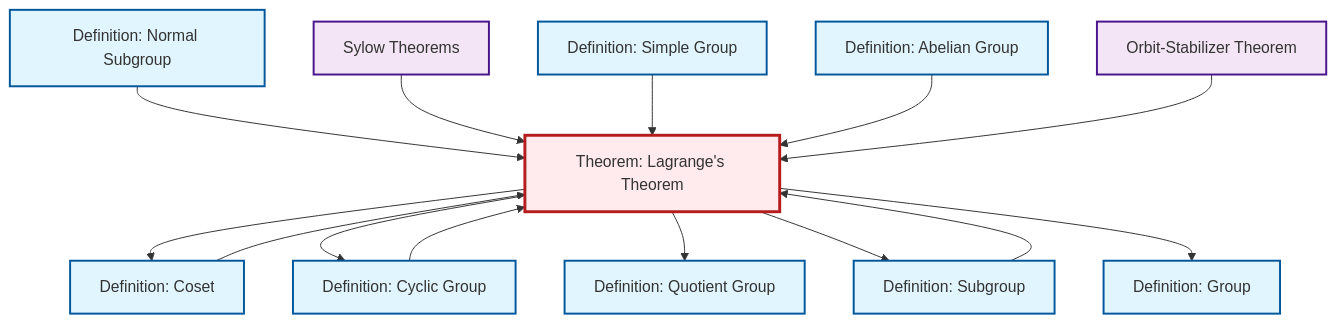
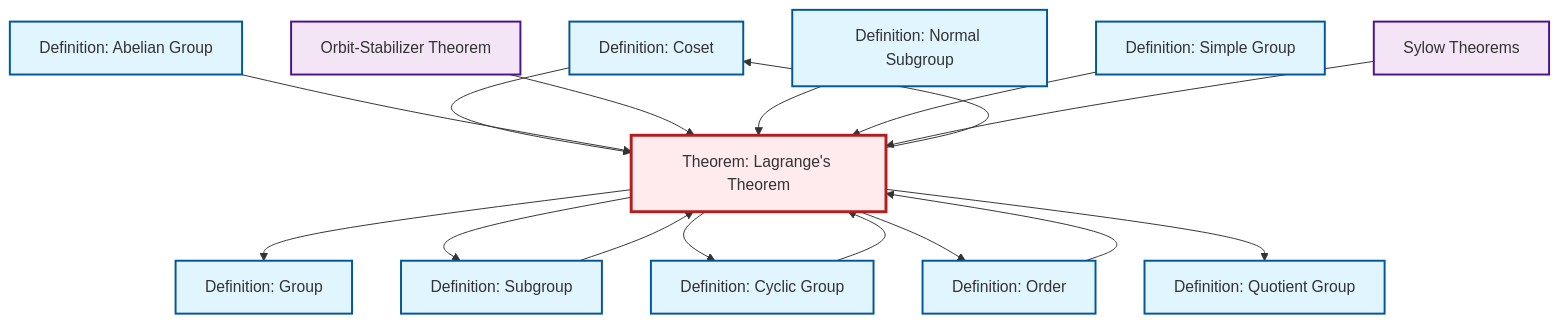
Before and after one commit to RK0429/ModernMath: the diagram in content/ja/algebra/thm-lagrange.qmd, drawn with Mermaid. The commit also changed other lines of this file and 36 other files, not shown here.

````diff
--- a/content/ja/algebra/thm-lagrange.qmd
+++ b/content/ja/algebra/thm-lagrange.qmd
@@ -53,44 +55,48 @@
 ```{mermaid}
 %%| fig-cap: "Local dependency graph"
 graph TD
     classDef definition fill:#e1f5fe,stroke:#01579b,stroke-width:2px
     classDef theorem fill:#f3e5f5,stroke:#4a148c,stroke-width:2px
     classDef axiom fill:#fff3e0,stroke:#e65100,stroke-width:2px
     classDef example fill:#e8f5e9,stroke:#1b5e20,stroke-width:2px
     classDef current fill:#ffebee,stroke:#b71c1c,stroke-width:3px
+    def-group["Definition: Group"]:::definition
+    def-coset["Definition: Coset"]:::definition
+    thm-sylow["Sylow Theorems"]:::theorem
+    thm-lagrange["Theorem: Lagrange's Theorem"]:::theorem
+    def-cyclic-group["Definition: Cyclic Group"]:::definition
     def-quotient-group["Definition: Quotient Group"]:::definition
+    def-subgroup["Definition: Subgroup"]:::definition
+    thm-orbit-stabilizer["Orbit-Stabilizer Theorem"]:::theorem
+    def-order["Definition: Order"]:::definition
+    def-simple-group["Definition: Simple Group"]:::definition
     def-abelian-group["Definition: Abelian Group"]:::definition
-    def-subgroup["Definition: Subgroup"]:::definition
-    def-simple-group["Definition: Simple Group"]:::definition
-    def-cyclic-group["Definition: Cyclic Group"]:::definition
-    def-group["Definition: Group"]:::definition
-    thm-sylow["Sylow Theorems"]:::theorem
     def-normal-subgroup["Definition: Normal Subgroup"]:::definition
-    thm-orbit-stabilizer["Orbit-Stabilizer Theorem"]:::theorem
-    def-coset["Definition: Coset"]:::definition
-    thm-lagrange["Theorem: Lagrange's Theorem"]:::theorem
+    thm-lagrange --> def-group
+    thm-lagrange --> def-subgroup
+    def-coset --> thm-lagrange
+    def-cyclic-group --> thm-lagrange
+    def-abelian-group --> thm-lagrange
+    thm-orbit-stabilizer --> thm-lagrange
     def-normal-subgroup --> thm-lagrange
+    thm-lagrange --> def-coset
+    def-simple-group --> thm-lagrange
+    thm-lagrange --> def-cyclic-group
+    thm-lagrange --> def-order
+    thm-lagrange --> def-quotient-group
     thm-sylow --> thm-lagrange
-    def-simple-group --> thm-lagrange
     def-subgroup --> thm-lagrange
-    def-abelian-group --> thm-lagrange
-    thm-lagrange --> def-coset
-    thm-lagrange --> def-cyclic-group
-    thm-orbit-stabilizer --> thm-lagrange
-    def-coset --> thm-lagrange
-    thm-lagrange --> def-quotient-group
-    def-cyclic-group --> thm-lagrange
-    thm-lagrange --> def-subgroup
-    thm-lagrange --> def-group
+    def-order --> thm-lagrange
     class thm-lagrange current
+    click def-group "def-group.html" "Definition: Groupへ"
+    click def-coset "def-coset.html" "Definition: Cosetへ"
+    click thm-sylow "thm-sylow.html" "Sylow Theoremsへ"
+    click def-cyclic-group "def-cyclic-group.html" "Definition: Cyclic Groupへ"
     click def-quotient-group "def-quotient-group.html" "Definition: Quotient Groupへ"
+    click def-subgroup "def-subgroup.html" "Definition: Subgroupへ"
+    click thm-orbit-stabilizer "thm-orbit-stabilizer.html" "Orbit-Stabilizer Theoremへ"
+    click def-order "def-order.html" "Definition: Orderへ"
+    click def-simple-group "def-simple-group.html" "Definition: Simple Groupへ"
     click def-abelian-group "def-abelian-group.html" "Definition: Abelian Groupへ"
-    click def-subgroup "def-subgroup.html" "Definition: Subgroupへ"
-    click def-simple-group "def-simple-group.html" "Definition: Simple Groupへ"
-    click def-cyclic-group "def-cyclic-group.html" "Definition: Cyclic Groupへ"
-    click def-group "def-group.html" "Definition: Groupへ"
-    click thm-sylow "thm-sylow.html" "Sylow Theoremsへ"
     click def-normal-subgroup "def-normal-subgroup.html" "Definition: Normal Subgroupへ"
-    click thm-orbit-stabilizer "thm-orbit-stabilizer.html" "Orbit-Stabilizer Theoremへ"
-    click def-coset "def-coset.html" "Definition: Cosetへ"
 ```
````
